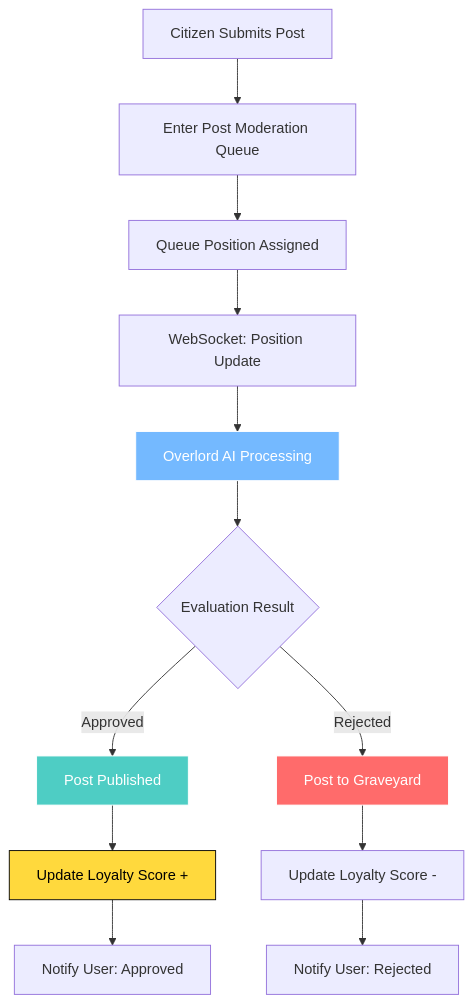
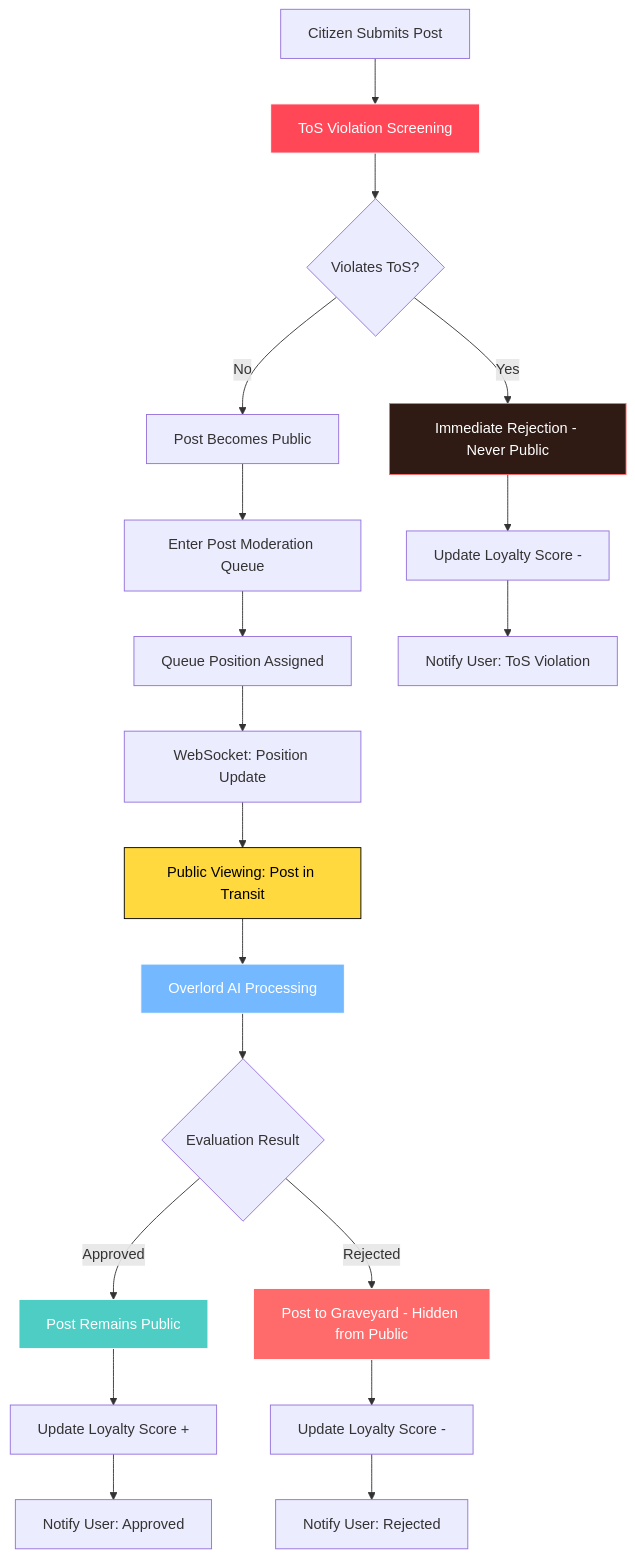
Before and after one commit to joshSzep/therobotoverlord-mono: the first of 2 diagrams in docs/business-requirements/07-posts-moderation.md, drawn with Mermaid. The commit also changed other lines of this file and 14 other files, not shown here.

````diff
--- a/docs/business-requirements/07-posts-moderation.md
+++ b/docs/business-requirements/07-posts-moderation.md
@@ -5,22 +5,32 @@
 ```mermaid
 flowchart TD
-    A[Citizen Submits Post] --> B[Enter Post Moderation Queue]
-    B --> C[Queue Position Assigned]
-    C --> D[WebSocket: Position Update]
-    D --> E[Overlord AI Processing]
-    E --> F{Evaluation Result}
+    A[Citizen Submits Post] --> B[ToS Violation Screening]
+    B --> C{Violates ToS?}
+    C -->|Yes| D[Immediate Rejection - Never Public]
+    C -->|No| E[Post Becomes Public]
     
-    F -->|Approved| G[Post Published]
-    F -->|Rejected| H[Post to Graveyard]
+    E --> F[Enter Post Moderation Queue]
+    F --> G[Queue Position Assigned]
+    G --> H[WebSocket: Position Update]
+    H --> I[Public Viewing: Post in Transit]
+    I --> J[Overlord AI Processing]
+    J --> K{Evaluation Result}
     
-    G --> I[Update Loyalty Score +]
-    H --> J[Update Loyalty Score -]
+    K -->|Approved| L[Post Remains Public]
+    K -->|Rejected| M[Post to Graveyard - Hidden from Public]
     
-    I --> K[Notify User: Approved]
-    J --> L[Notify User: Rejected]
+    L --> N[Update Loyalty Score +]
+    M --> O[Update Loyalty Score -]
+    D --> P[Update Loyalty Score -]
     
-    style E fill:#74b9ff,stroke:#fff,color:#fff
-    style G fill:#4ecdc4,stroke:#fff,color:#fff
-    style H fill:#ff6b6b,stroke:#fff,color:#fff
+    N --> Q[Notify User: Approved]
+    O --> R[Notify User: Rejected]
+    P --> S[Notify User: ToS Violation]
+    
+    style B fill:#ff4757,stroke:#fff,color:#fff
     style I fill:#ffd93d,stroke:#000,color:#000
+    style J fill:#74b9ff,stroke:#fff,color:#fff
+    style L fill:#4ecdc4,stroke:#fff,color:#fff
+    style M fill:#ff6b6b,stroke:#fff,color:#fff
+    style D fill:#2f1b14,stroke:#ff6b6b,color:#fff
 ```
````
